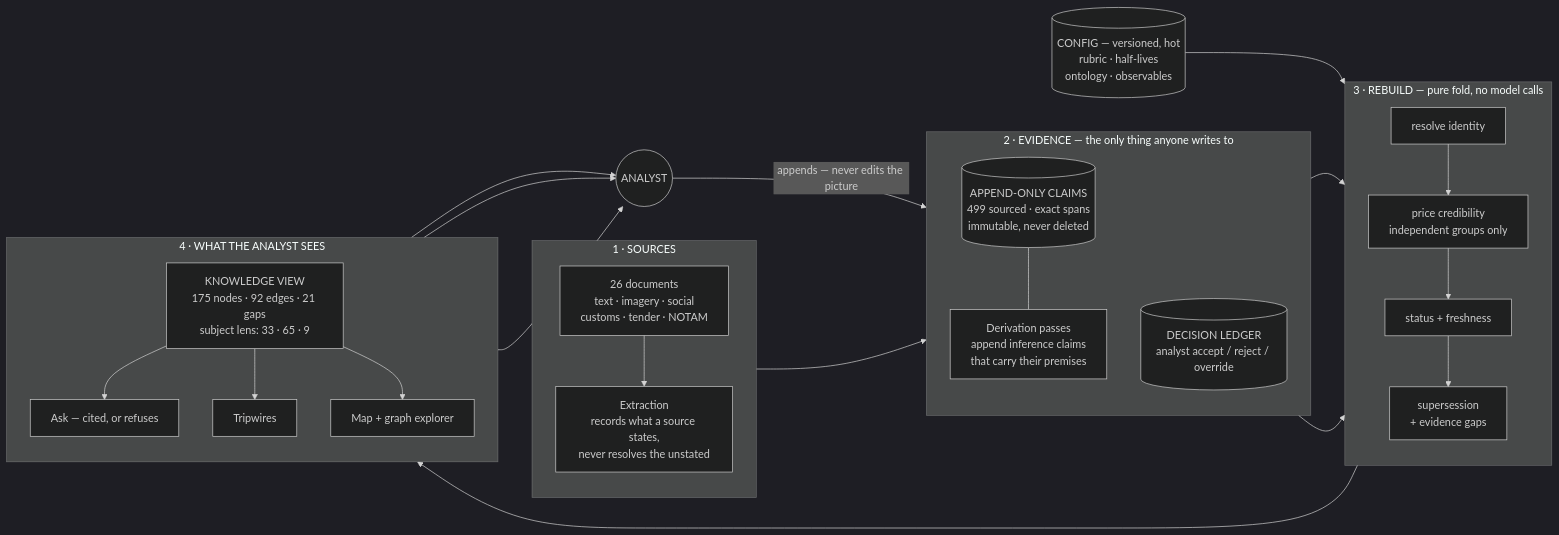
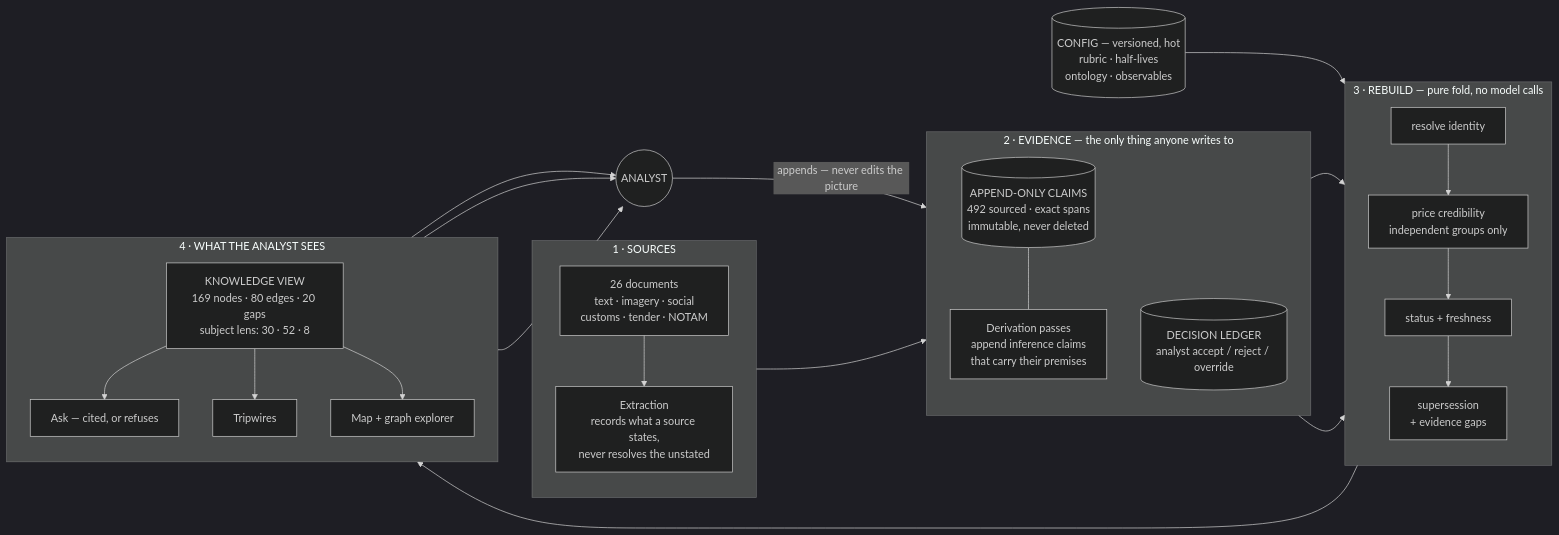
One commit to pragalbh-dev/osint changed the diagram in artifacts/design-note.md. Above: the diagram before and after it, drawn with Mermaid (dark theme). The commit also changed other lines of this file and 1 other file, not shown here.

````diff
--- a/artifacts/design-note.md
+++ b/artifacts/design-note.md
@@ -86,37 +88,37 @@
 ```mermaid
 flowchart LR
   subgraph S1[" 1 · SOURCES "]
     direction TB
     D["26 documents<br/>text · imagery · social<br/>customs · tender · NOTAM"]
     X["Extraction<br/>records what a source states,<br/>never resolves the unstated"]
     D --> X
   end
   subgraph S2[" 2 · EVIDENCE — the only thing anyone writes to "]
     direction TB
-    EV[("APPEND-ONLY CLAIMS<br/>499 sourced · exact spans<br/>immutable, never deleted")]
+    EV[("APPEND-ONLY CLAIMS<br/>492 sourced · exact spans<br/>immutable, never deleted")]
     DRV["Derivation passes<br/>append inference claims<br/>that carry their premises"]
     DEC[("DECISION LEDGER<br/>analyst accept / reject / override")]
     EV --- DRV
   end
   subgraph S3[" 3 · REBUILD — pure fold, no model calls "]
     direction TB
     R1["resolve identity"] --> R2["price credibility<br/>independent groups only"]
     R2 --> R3["status + freshness"] --> R4["supersession<br/>+ evidence gaps"]
   end
   subgraph S4[" 4 · WHAT THE ANALYST SEES "]
     direction TB
-    KV["KNOWLEDGE VIEW<br/>175 nodes · 92 edges · 21 gaps<br/>subject lens: 33 · 65 · 9"]
+    KV["KNOWLEDGE VIEW<br/>169 nodes · 80 edges · 20 gaps<br/>subject lens: 30 · 52 · 8"]
     ASK["Ask — cited, or refuses"]
     OBS["Tripwires"]
     VIZ["Map + graph explorer"]
     KV --> ASK & OBS & VIZ
   end
   CFG[("CONFIG — versioned, hot<br/>rubric · half-lives<br/>ontology · observables")]
   X --> EV
   S2 --> S3
   CFG --> S3
   R4 --> KV
   ASK & OBS & VIZ --> AN(("ANALYST"))
   AN -->|"appends — never edits the picture"| DEC
   DEC --> S3
 ```
````
